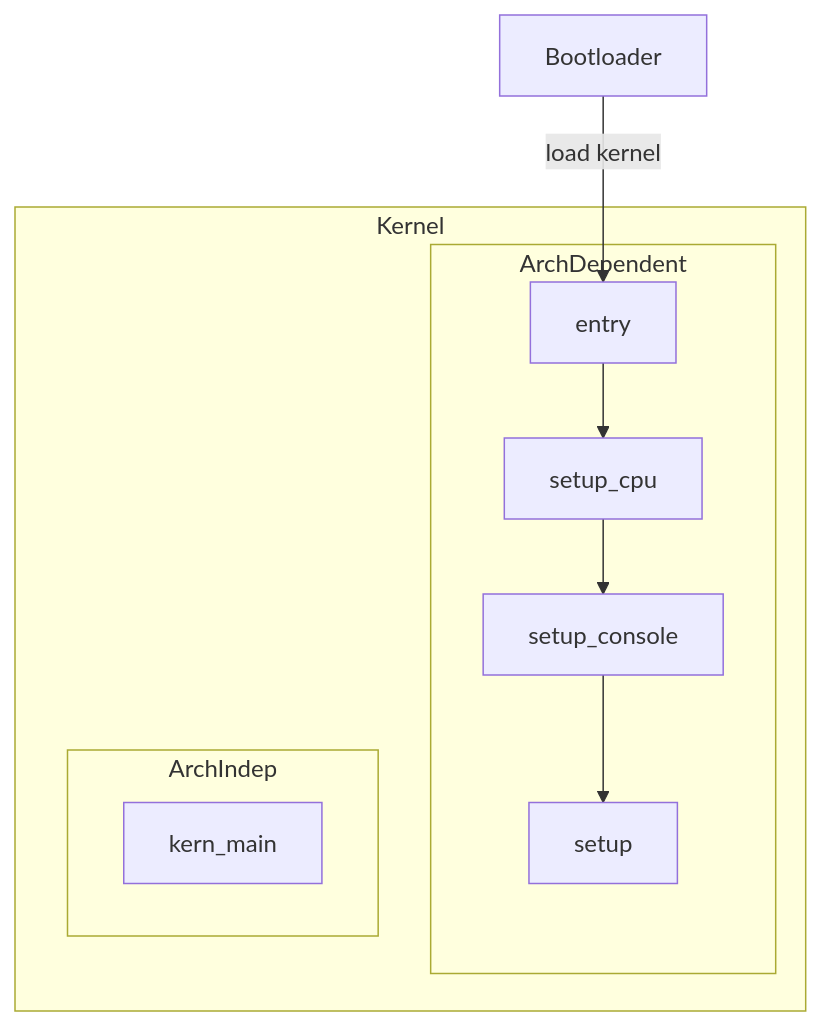
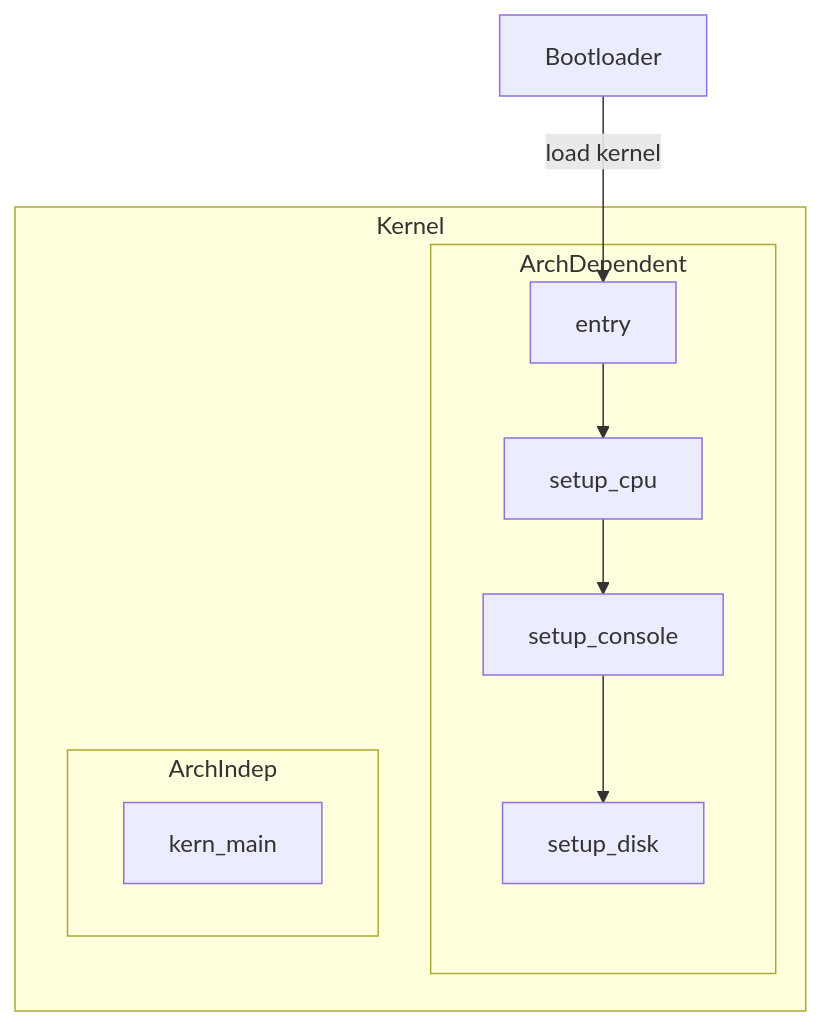
The diagram in src/share/docs/qdnix_boot.mmd (d0p1s4m4/QDNix), drawn with Mermaid before and after one commit. The commit also changed 24 other files, not shown here.

```diff
--- a/src/share/docs/qdnix_boot.mmd
+++ b/src/share/docs/qdnix_boot.mmd
@@ -1,13 +1,13 @@
 flowchart TD
     Bootloader -->|load kernel| entry
 
     subgraph Kernel
         subgraph ArchDependent
            entry --> setup_cpu --> setup_console
-           setup_console --> setup
+           setup_console --> setup_disk
         end
 
         subgraph ArchIndep
             kern_main
         end
     end
```
